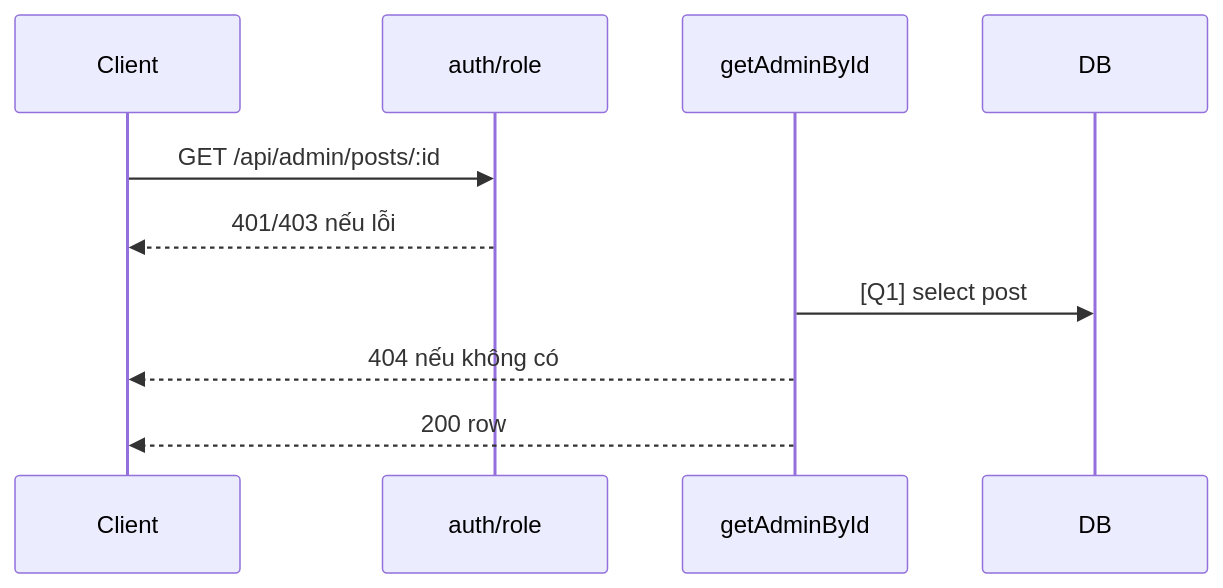
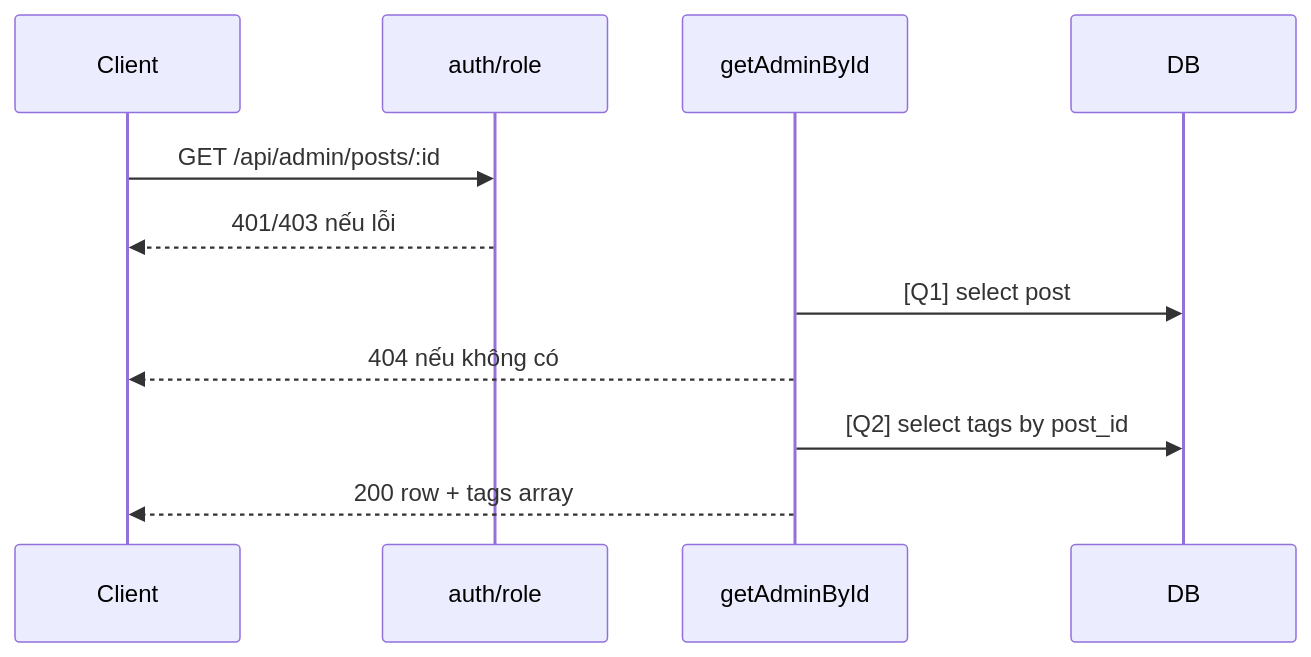
One commit to pmduc97/demo_ai_workspace changed the diagram in demo_docs/api/[Design][API] API11_AdminPosts_ChiTiet.md. Above: the diagram before and after it, drawn with Mermaid. The commit also changed other lines of this file and 42 other files, not shown here.

````diff
--- a/demo_docs/api/[Design][API] API11_AdminPosts_ChiTiet.md
+++ b/demo_docs/api/[Design][API] API11_AdminPosts_ChiTiet.md
@@ -64,12 +77,13 @@
 ```mermaid
 sequenceDiagram
   participant C as Client
   participant A as auth/role
   participant P as getAdminById
   participant DB as DB
   C->>A: GET /api/admin/posts/:id
   A-->>C: 401/403 nếu lỗi
   P->>DB: [Q1] select post
   P-->>C: 404 nếu không có
-  P-->>C: 200 row
+  P->>DB: [Q2] select tags by post_id
+  P-->>C: 200 row + tags array
 ```
````
